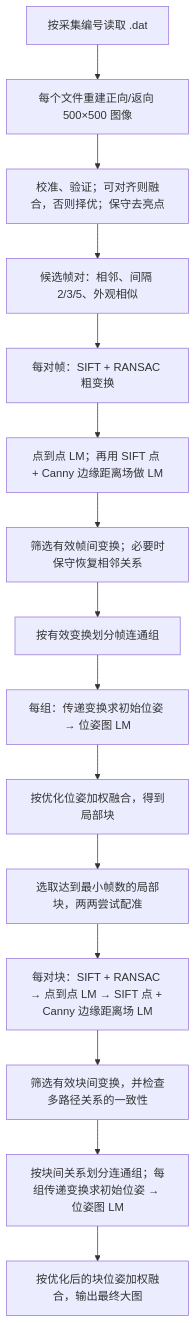
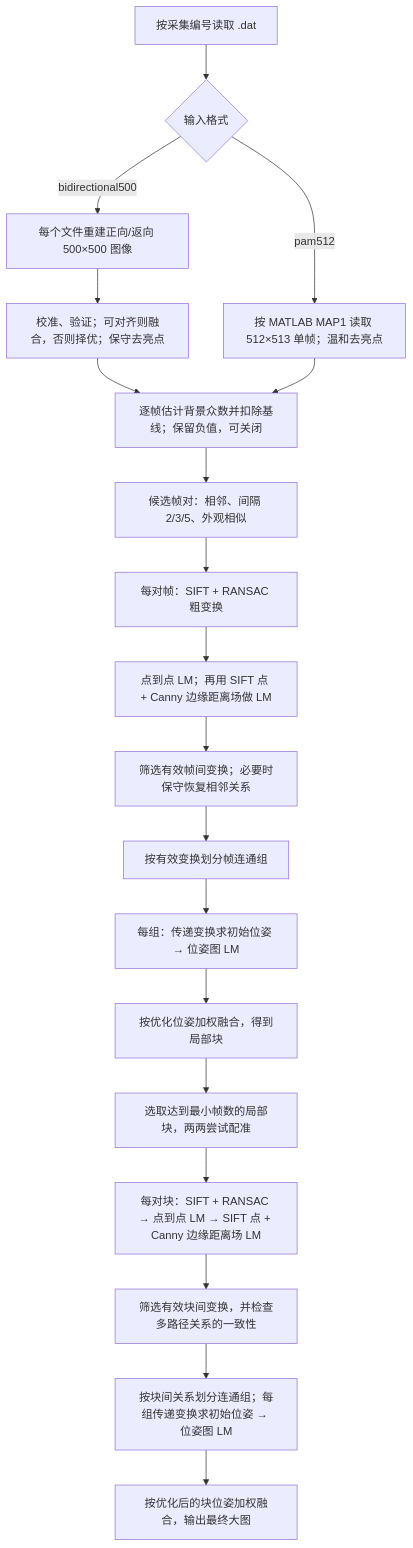
One commit to gsp999/PAM_brain changed the diagram in README.md. Above: the diagram before and after it, drawn with Mermaid. The commit also changed other lines of this file and 37 other files, not shown here.

````diff
--- a/README.md
+++ b/README.md
@@ -9,17 +9,21 @@
 ```mermaid
 flowchart TD
-    A["按采集编号读取 .dat"] --> B["每个文件重建正向/返向 500×500 图像"]
+    A["按采集编号读取 .dat"] --> Q{"输入格式"}
+    Q -->|bidirectional500| B["每个文件重建正向/返向 500×500 图像"]
+    Q -->|pam512| P["按 MATLAB MAP1 读取 512×513 单帧；温和去亮点"]
     B --> C["校准、验证；可对齐则融合，否则择优；保守去亮点"]
-    C --> D["候选帧对：相邻、间隔 2/3/5、外观相似"]
+    C --> BG["逐帧估计背景众数并扣除基线；保留负值，可关闭"]
+    P --> BG
+    BG --> D["候选帧对：相邻、间隔 2/3/5、外观相似"]
     D --> E["每对帧：SIFT + RANSAC 粗变换"]
     E --> F["点到点 LM；再用 SIFT 点 + Canny 边缘距离场做 LM"]
     F --> G["筛选有效帧间变换；必要时保守恢复相邻关系"]
     G --> H["按有效变换划分帧连通组"]
     H --> I["每组：传递变换求初始位姿 → 位姿图 LM"]
     I --> J["按优化位姿加权融合，得到局部块"]
     J --> K["选取达到最小帧数的局部块，两两尝试配准"]
     K --> L["每对块：SIFT + RANSAC → 点到点 LM → SIFT 点 + Canny 边缘距离场 LM"]
     L --> M["筛选有效块间变换，并检查多路径关系的一致性"]
     M --> N["按块间关系划分连通组；每组传递变换求初始位姿 → 位姿图 LM"]
     N --> O["按优化后的块位姿加权融合，输出最终大图"]
 ```
````
